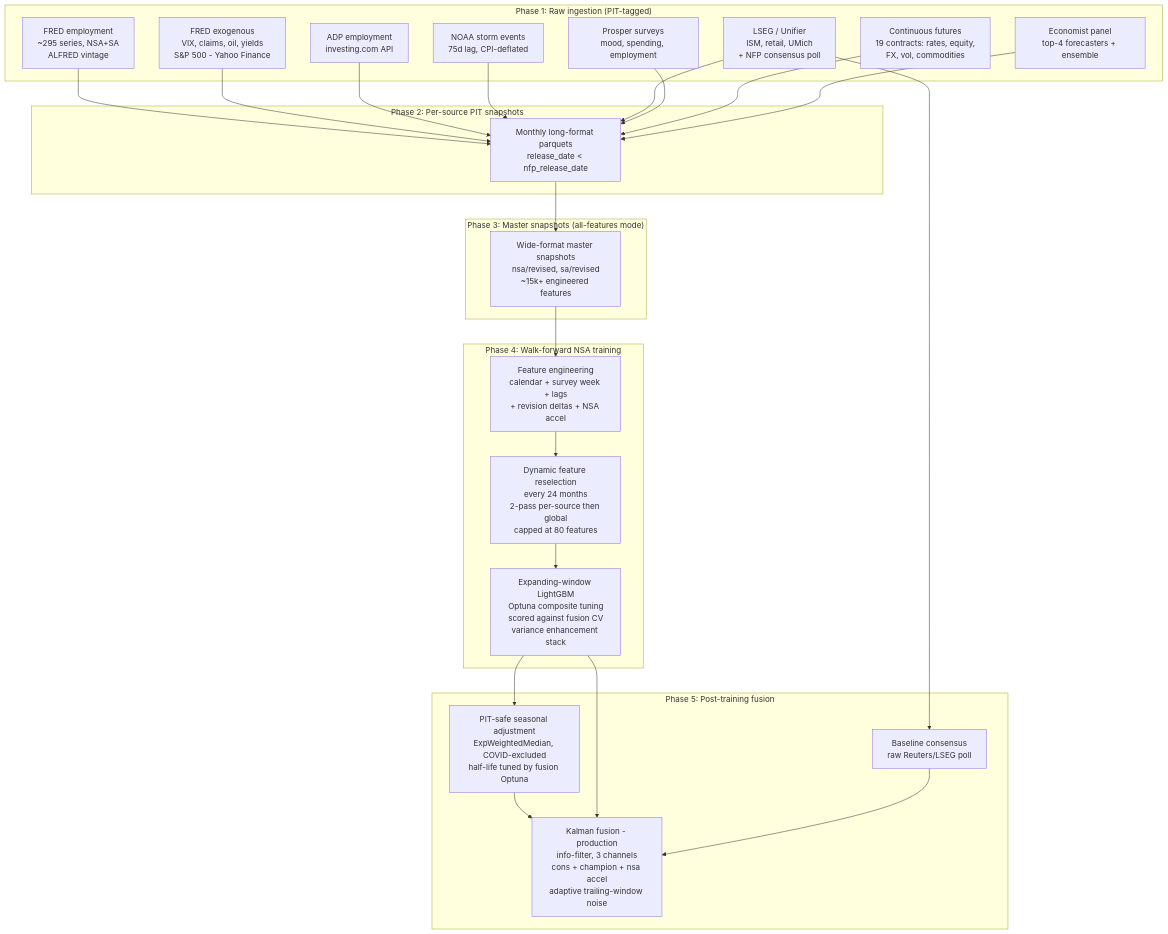
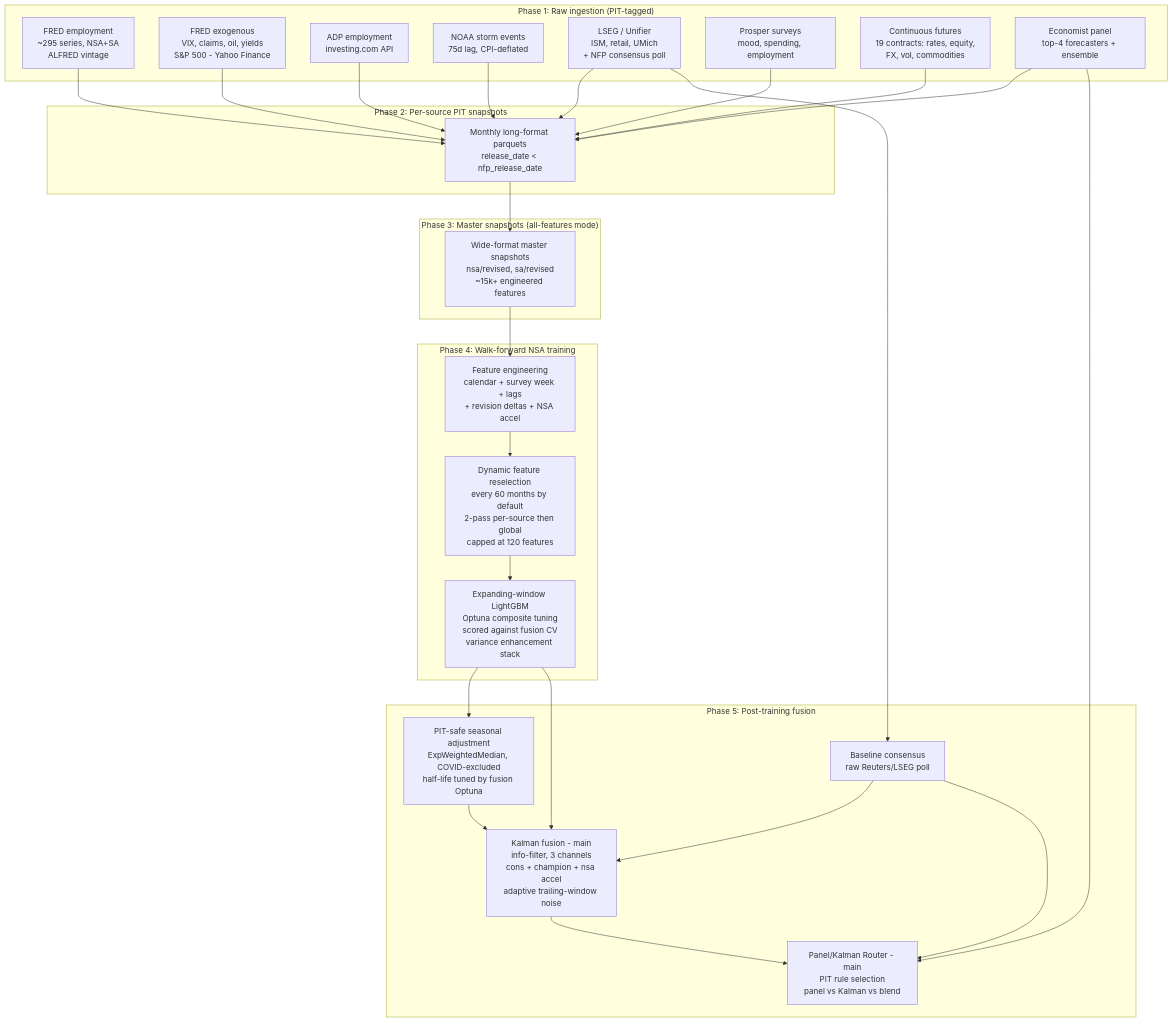
The diagram in README.md (dhruvk1432/NFP_Predictor), drawn with Mermaid before and after one commit. The commit also changed other lines of this file and 74 other files, not shown here.

Commit message:
Add dynamic reselection and sidecar updates

````diff
--- a/README.md
+++ b/README.md
@@ -73,52 +74,56 @@
 ```mermaid
 flowchart TD
     subgraph Phase1["Phase 1: Raw ingestion (PIT-tagged)"]
         FRED[FRED employment<br/>~295 series, NSA+SA<br/>ALFRED vintage]
         FREDX[FRED exogenous<br/>VIX, claims, oil, yields<br/>S&P 500 - Yahoo Finance]
         ADP[ADP employment<br/>investing.com API]
         NOAA[NOAA storm events<br/>75d lag, CPI-deflated]
         Unifier[LSEG / Unifier<br/>ISM, retail, UMich<br/>+ NFP consensus poll]
         Prosper[Prosper surveys<br/>mood, spending, employment]
         Futures[Continuous futures<br/>19 contracts: rates, equity,<br/>FX, vol, commodities]
         Econ[Economist panel<br/>top-4 forecasters + ensemble]
     end
 
     subgraph Phase2["Phase 2: Per-source PIT snapshots"]
         Snap[Monthly long-format parquets<br/>release_date &lt; nfp_release_date]
     end
 
     subgraph Phase3["Phase 3: Master snapshots (all-features mode)"]
         Master[Wide-format master snapshots<br/>nsa/revised, sa/revised<br/>~15k+ engineered features]
     end
 
     subgraph Phase4["Phase 4: Walk-forward NSA training"]
         FE[Feature engineering<br/>calendar + survey week + lags<br/>+ revision deltas + NSA accel]
-        DynFS[Dynamic feature reselection<br/>every 24 months<br/>2-pass per-source then global<br/>capped at 80 features]
+        DynFS[Dynamic feature reselection<br/>every 60 months by default<br/>2-pass per-source then global<br/>capped at 120 features]
         LGBM[Expanding-window LightGBM<br/>Optuna composite tuning<br/>scored against fusion CV<br/>variance enhancement stack]
     end
 
     subgraph Phase5["Phase 5: Post-training fusion"]
         ExpAdj[PIT-safe seasonal adjustment<br/>ExpWeightedMedian, COVID-excluded<br/>half-life tuned by fusion Optuna]
-        Kalman[Kalman fusion - production<br/>info-filter, 3 channels<br/>cons + champion + nsa accel<br/>adaptive trailing-window noise]
+        Kalman[Kalman fusion - main<br/>info-filter, 3 channels<br/>cons + champion + nsa accel<br/>adaptive trailing-window noise]
+        Router[Panel/Kalman Router - main<br/>PIT rule selection<br/>panel vs Kalman vs blend]
         Cons[Baseline consensus<br/>raw Reuters/LSEG poll]
     end
 
     FRED --> Snap
     FREDX --> Snap
     ADP --> Snap
     NOAA --> Snap
     Unifier --> Snap
     Prosper --> Snap
     Futures --> Snap
     Econ --> Snap
 
     Snap --> Master
     Master --> FE
     FE --> DynFS
     DynFS --> LGBM
     LGBM --> ExpAdj
     ExpAdj --> Kalman
     LGBM --> Kalman
     Unifier --> Cons
     Cons --> Kalman
+    Econ --> Router
+    Cons --> Router
+    Kalman --> Router
 ```
````
